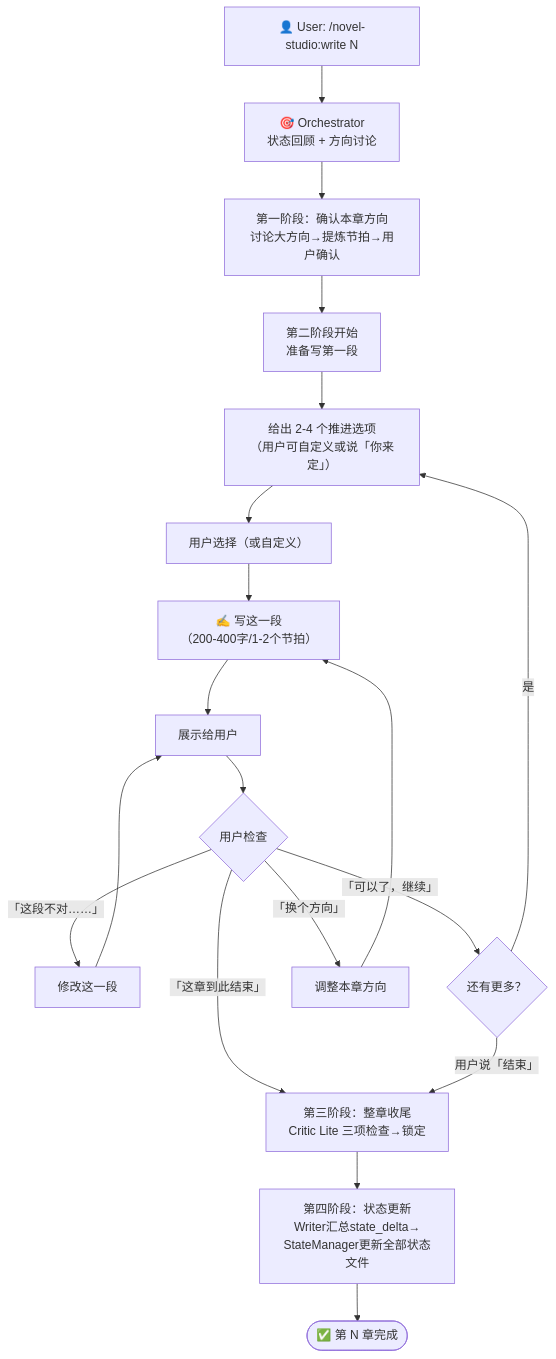
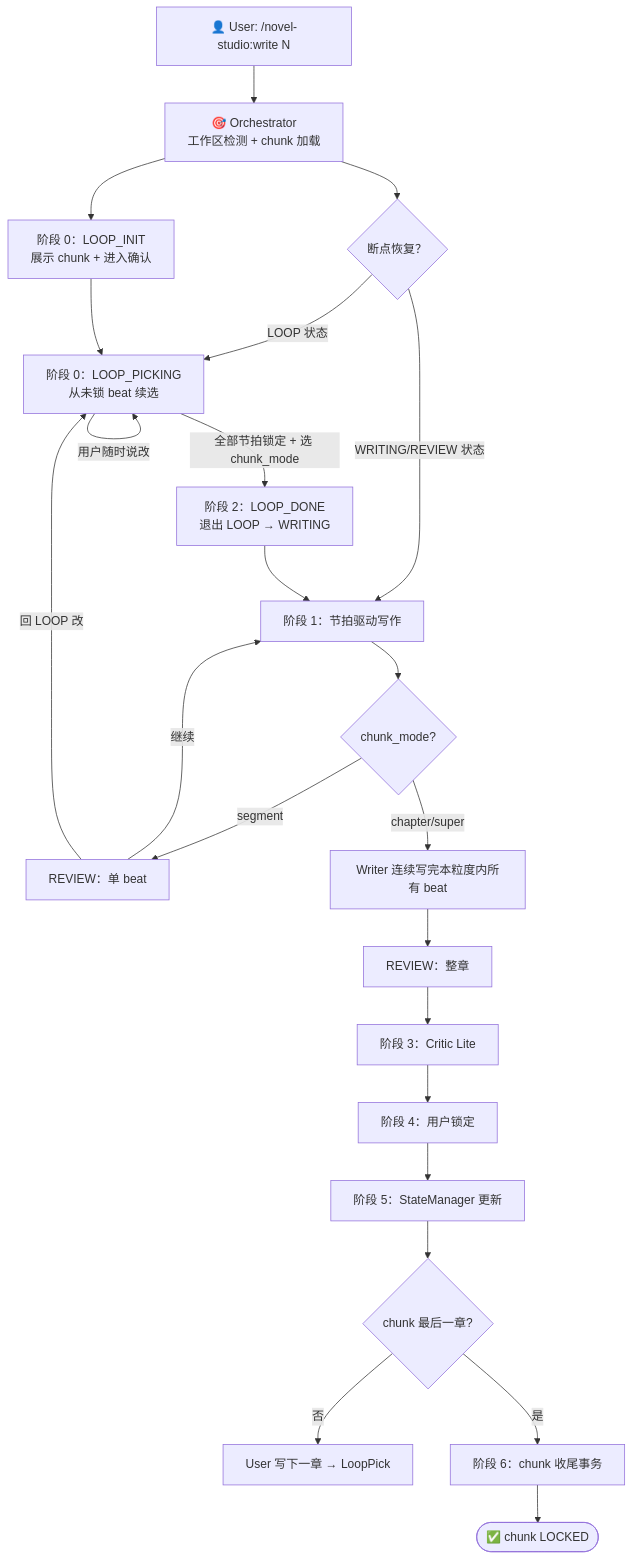
One commit to deathwhispers/novel-studio changed the diagram in workflow-specs/write-chapter.md. Above: the diagram before and after it, drawn with Mermaid. The commit also changed other lines of this file and 9 other files, not shown here.

````diff
--- a/workflow-specs/write-chapter.md
+++ b/workflow-specs/write-chapter.md
@@ -10,35 +10,36 @@
 ```mermaid
 flowchart TD
     User["👤 User: /novel-studio:write N"]
-    Orchestrator["🎯 Orchestrator<br/>状态回顾 + 方向讨论"]
+    Orchestrator["🎯 Orchestrator<br/>工作区检测 + chunk 加载"]
 
     User --> Orchestrator
 
-    Orchestrator --> Phase1["第一阶段：确认本章方向<br/>讨论大方向→提炼节拍→用户确认"]
+    Orchestrator --> LoopInit["阶段 0：LOOP_INIT<br/>展示 chunk + 进入确认"]
+    Orchestrator --> Resume{"断点恢复？"}
+    Resume -->|"LOOP 状态"| LoopPick["阶段 0：LOOP_PICKING<br/>从未锁 beat 续选"]
+    Resume -->|"WRITING/REVIEW 状态"| Write["阶段 1：节拍驱动写作"]
 
-    Phase1 --> Phase2Start["第二阶段开始<br/>准备写第一段"]
+    LoopInit --> LoopPick
+    LoopPick -->|"全部节拍锁定 + 选 chunk_mode"| LoopDone["阶段 2：LOOP_DONE<br/>退出 LOOP → WRITING"]
+    LoopPick -->|"用户随时说改"| LoopPick
 
-    Phase2Start --> GiveOptions["给出 2-4 个推进选项<br/>（用户可自定义或说「你来定」）"]
+    LoopDone --> Write
 
-    GiveOptions --> UserSelect["用户选择（或自定义）"]
+    Write --> SegmentCheck{"chunk_mode?"}
+    SegmentCheck -->|"segment"| BeatReview["REVIEW：单 beat"]
+    SegmentCheck -->|"chapter/super"| AutoContinue["Writer 连续写完本粒度内所有 beat"]
 
-    UserSelect --> WriteSegment["✍️ 写这一段<br/>（200-400字/1-2个节拍）"]
-    WriteSegment --> ShowUser["展示给用户"]
+    BeatReview -->|"继续"| Write
+    BeatReview -->|"回 LOOP 改"| LoopPick
 
-    ShowUser --> UserCheck{"用户检查"}
-    UserCheck -->|"「这段不对……」"| FixSegment["修改这一段"]
-    FixSegment --> ShowUser
-    UserCheck -->|"「可以了，继续」"| MoreSegments{"还有更多？"}
-    UserCheck -->|"「换个方向」"| AdjustDirection["调整本章方向"]
-    AdjustDirection --> WriteSegment
-    UserCheck -->|"「这章到此结束」"| Phase3
+    AutoContinue --> ChapterDone["REVIEW：整章"]
+    ChapterDone --> CriticLite["阶段 3：Critic Lite"]
+    CriticLite --> Lock["阶段 4：用户锁定"]
+    Lock --> StateUpdate["阶段 5：StateManager 更新"]
 
-    MoreSegments -->|"是"| GiveOptions
-    MoreSegments -->|"用户说「结束」"| Phase3
+    StateUpdate --> ChapterEnd{"chunk 最后一章?"}
+    ChapterEnd -->|"否"| UserNext["User 写下一章 → LoopPick"]
+    ChapterEnd -->|"是"| ChunkClose["阶段 6：chunk 收尾事务"]
 
-    Phase3["第三阶段：整章收尾<br/>Critic Lite 三项检查→锁定"]
-
-    Phase3 --> Summarize["第四阶段：状态更新<br/>Writer汇总state_delta→<br/>StateManager更新全部状态文件"]
-
-    Summarize --> Done(["✅ 第 N 章完成"])
+    ChunkClose --> Done(["✅ chunk LOCKED"])
 ```
````
